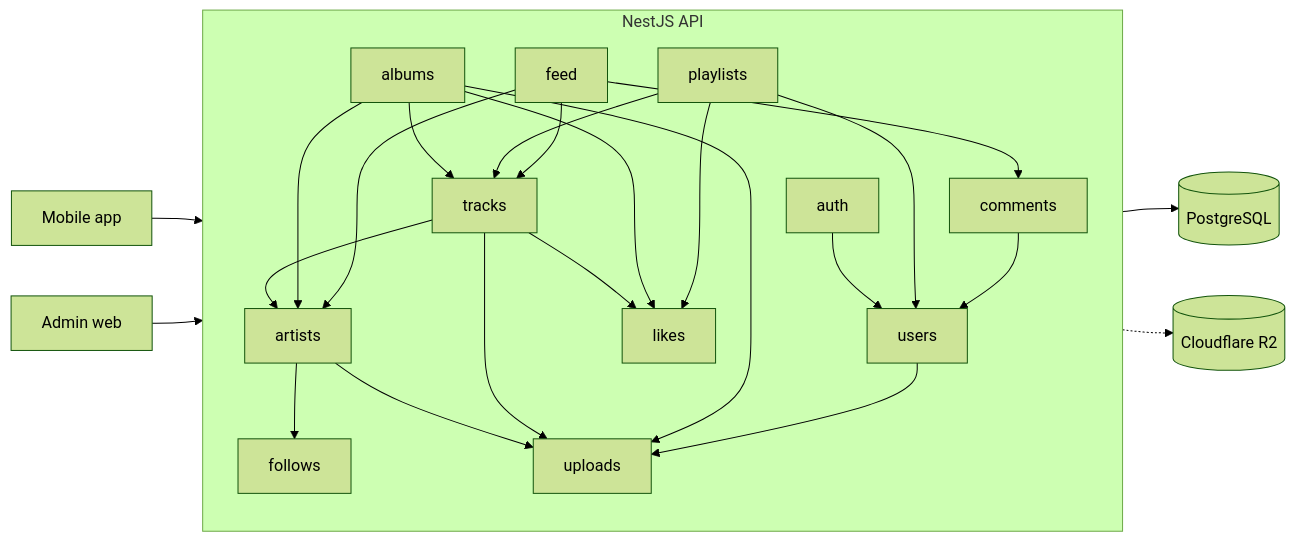
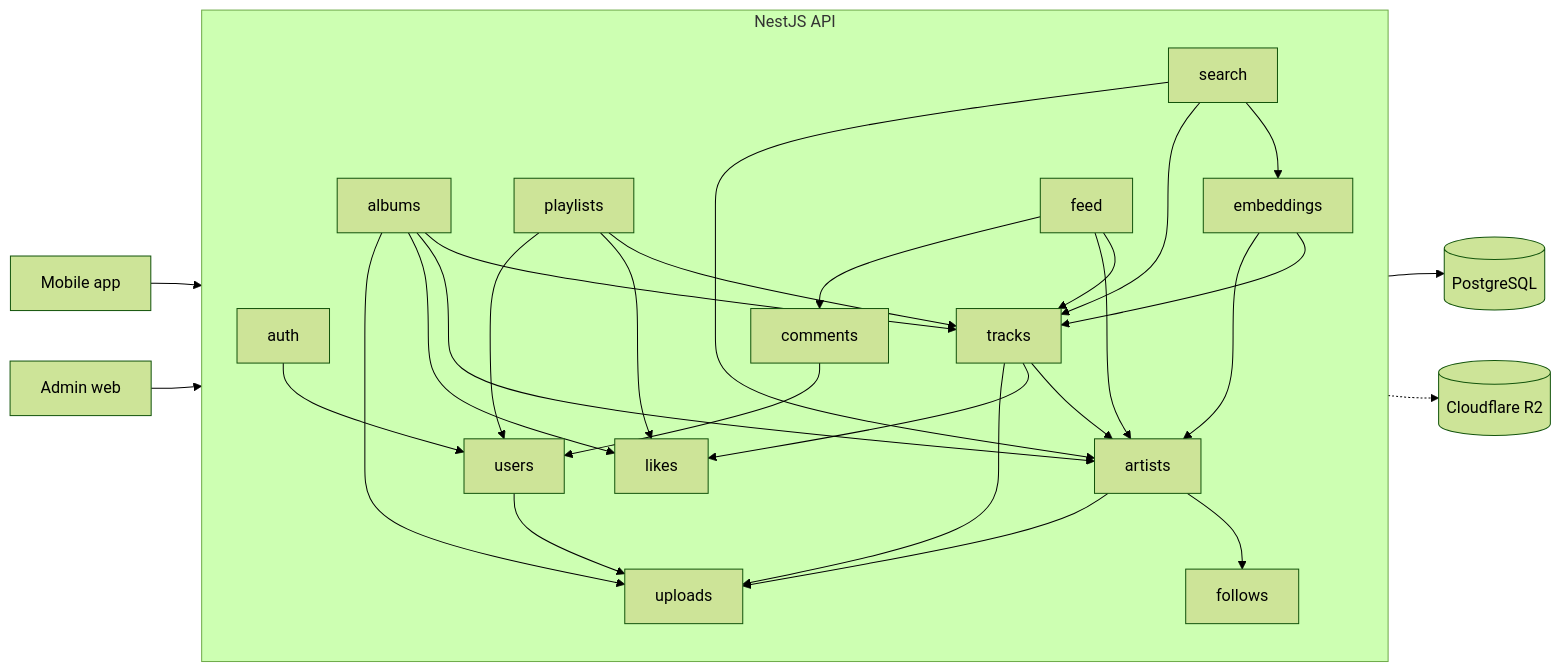
The first of 2 diagrams in README.md (vinhmai2109551/music-stream-app), drawn with Mermaid (forest theme) before and after one commit. The commit also changed other lines of this file and 38 other files, not shown here.

````diff
--- a/README.md
+++ b/README.md
@@ -192,28 +192,33 @@
 ```mermaid
 flowchart LR
   Mobile[Mobile app] --> API
   Admin[Admin web] --> API
   subgraph API[NestJS API]
     direction TB
     auth --> users
     artists --> follows
     artists --> uploads
     tracks --> artists
     tracks --> likes
     tracks --> uploads
     albums --> tracks
     albums --> artists
     albums --> likes
     albums --> uploads
     playlists --> tracks
     playlists --> likes
     playlists --> users
     comments --> users
     users --> uploads
+    embeddings --> tracks
+    embeddings --> artists
+    search --> embeddings
+    search --> tracks
+    search --> artists
     feed --> tracks
     feed --> artists
     feed --> comments
   end
   API --> DB[(PostgreSQL)]
   API -.-> R2[(Cloudflare R2)]
 ```
````
